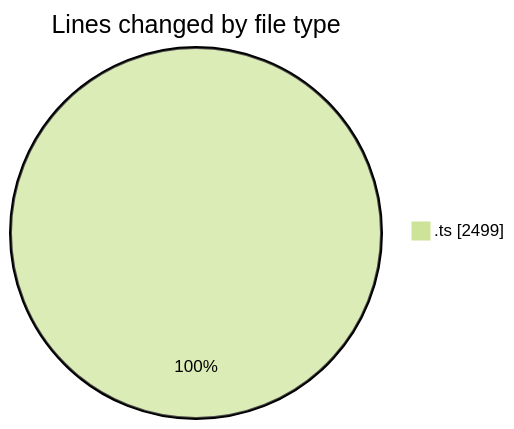
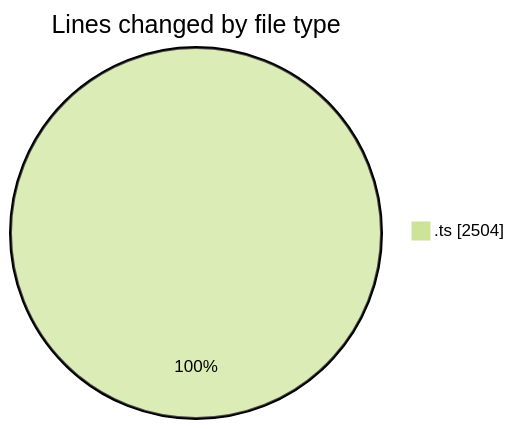
One commit to momahboobian/code-tracking changed the first of 2 diagrams in 2025-08-07/cda/README.md. Above: the diagram before and after it, drawn with Mermaid (forest theme). The commit also changed other lines of this file and 1 other file, not shown here.

````diff
--- a/2025-08-07/cda/README.md
+++ b/2025-08-07/cda/README.md
@@ -23,5 +23,5 @@
 ```mermaid
 pie showData
 title Lines changed by file type
-".ts" : 2499
+".ts" : 2504
 ```
````
